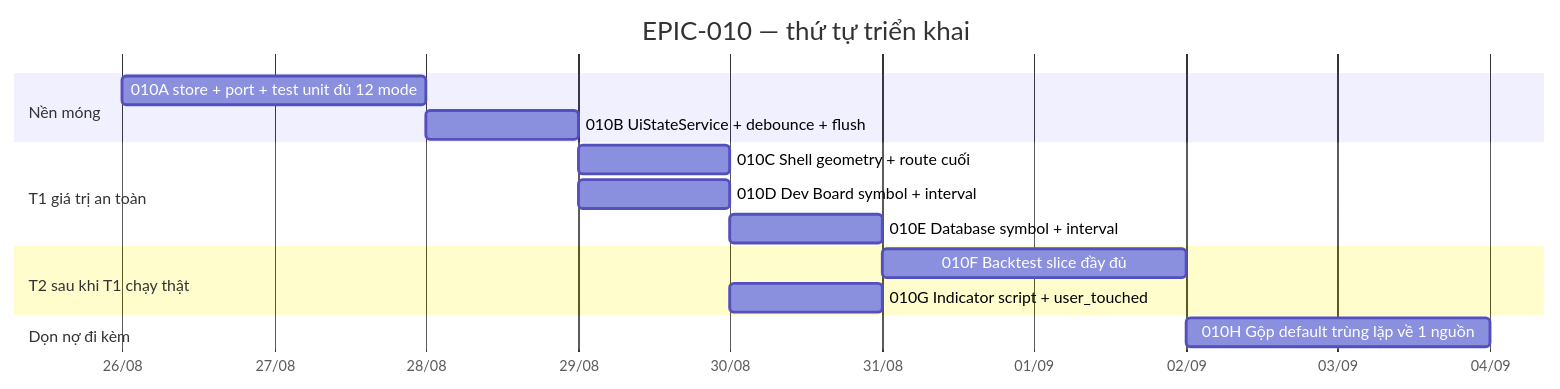
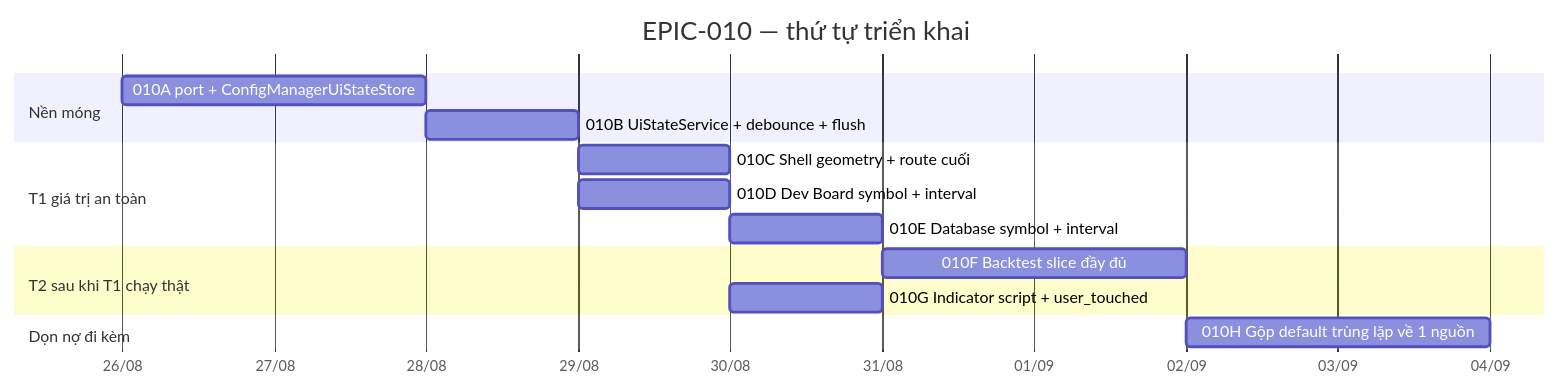
Diagram 11 of 12 in Tasks/epics/EPIC-010_ghi_nho_gia_tri_cuoi/design/DESIGN_2026-08-25_ui_state_persistence.md (anhembedded/Sagittarius_Elite_Warrior), drawn with Mermaid before and after one commit. The commit also changed other lines of this file and 2 other files, not shown here.

````diff
--- a/Tasks/epics/EPIC-010_ghi_nho_gia_tri_cuoi/design/DESIGN_2026-08-25_ui_state_persistence.md
+++ b/Tasks/epics/EPIC-010_ghi_nho_gia_tri_cuoi/design/DESIGN_2026-08-25_ui_state_persistence.md
@@ -722,22 +853,22 @@
 ```mermaid
 gantt
     title EPIC-010 — thứ tự triển khai
     dateFormat YYYY-MM-DD
     axisFormat %d/%m
 
     section Nền móng
-    010A store + port + test unit đủ 12 mode   :a1, 2026-08-26, 2d
+    010A port + ConfigManagerUiStateStore      :a1, 2026-08-26, 2d
     010B UiStateService + debounce + flush     :a2, after a1, 1d
 
     section T1 giá trị an toàn
     010C Shell geometry + route cuối           :b1, after a2, 1d
     010D Dev Board symbol + interval           :b2, after a2, 1d
     010E Database symbol + interval            :b3, after b2, 1d
 
     section T2 sau khi T1 chạy thật
     010F Backtest slice đầy đủ                 :c1, after b3, 2d
     010G Indicator script + user_touched       :c2, after b2, 1d
 
     section Dọn nợ đi kèm
     010H Gộp default trùng lặp về 1 nguồn      :d1, after c1, 2d
 ```
````
